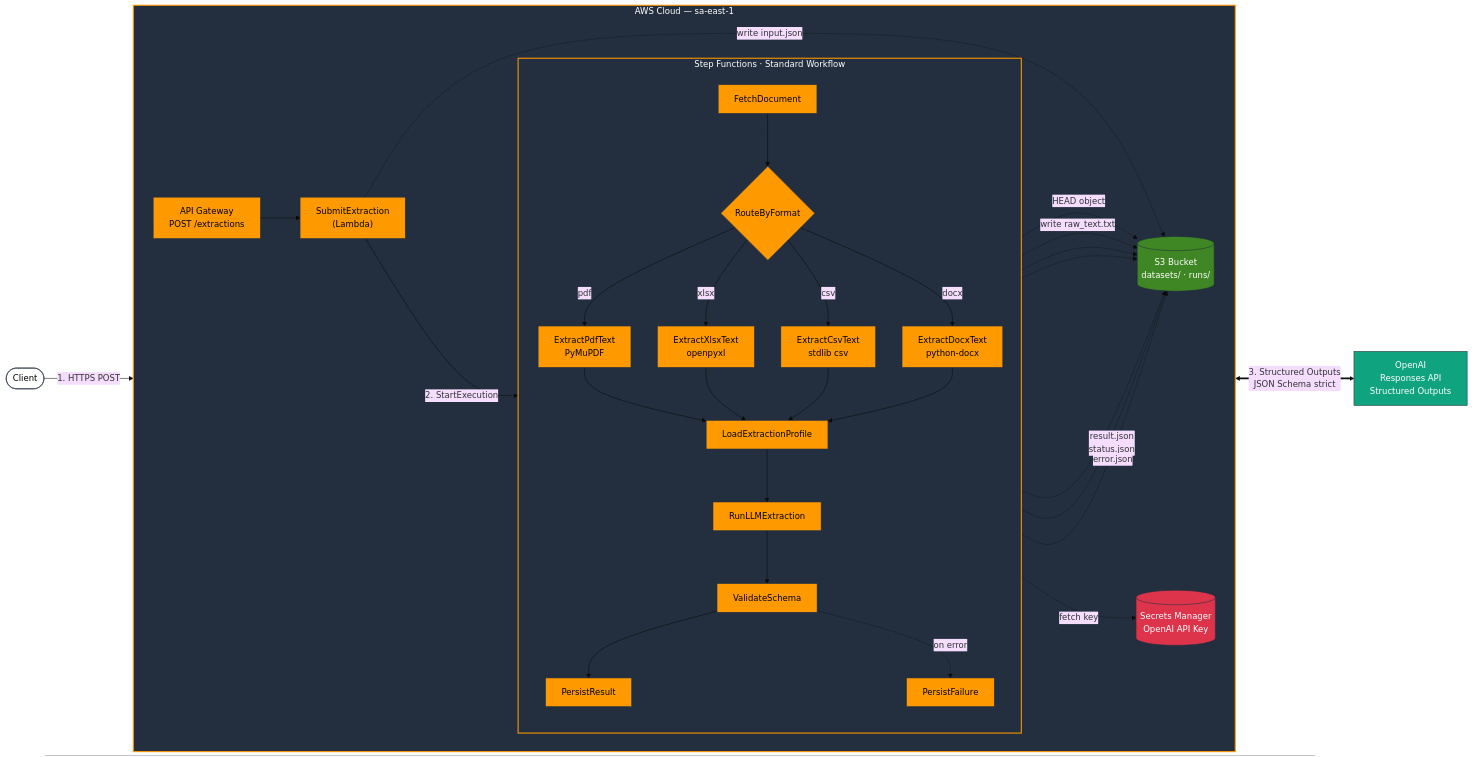
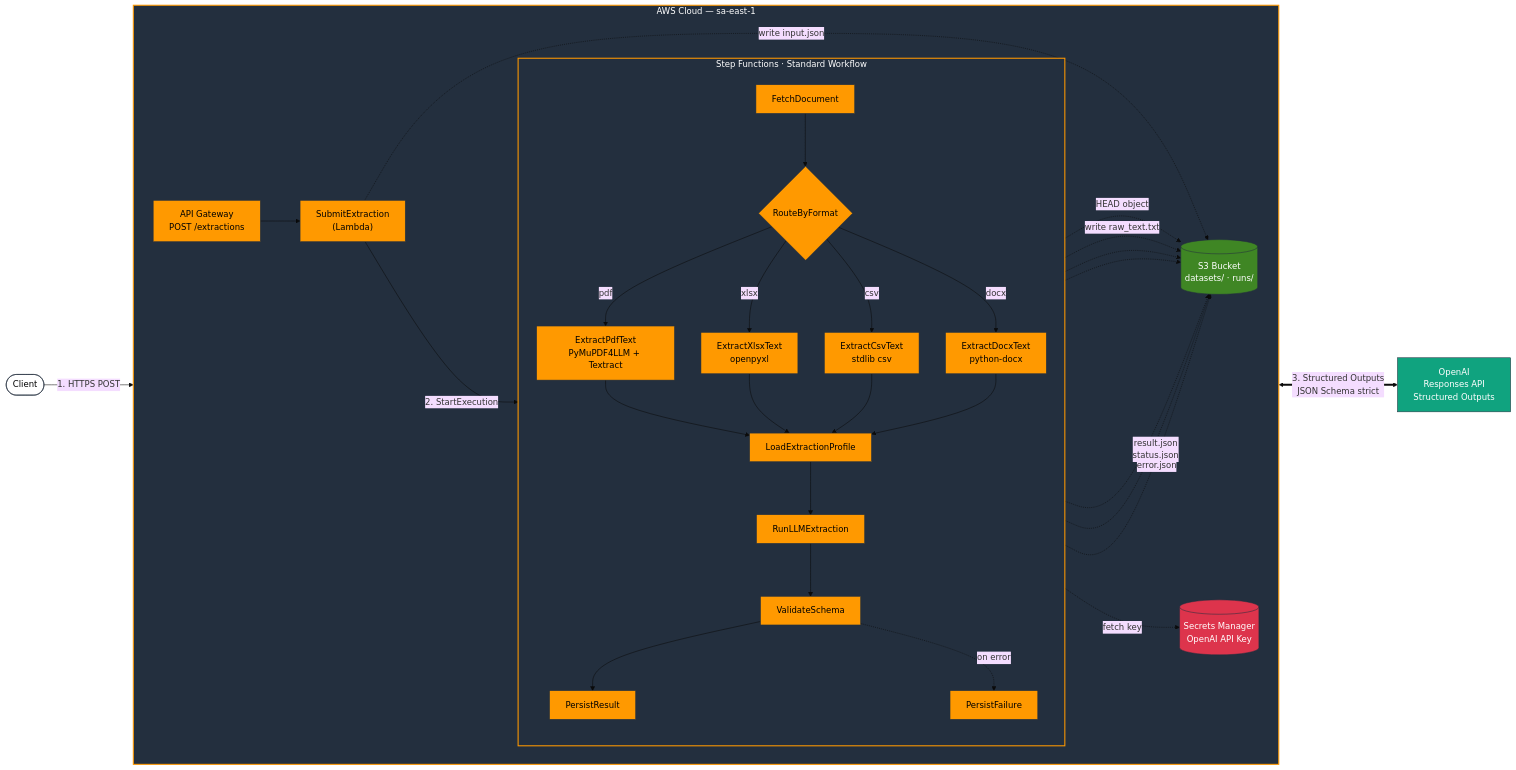
Before and after one commit to MaiconKevyn/aws-universal-extractor: the diagram in README.md, drawn with Mermaid (base theme). The commit also changed other lines of this file and 11 other files, not shown here.

````diff
--- a/README.md
+++ b/README.md
@@ -33,72 +34,72 @@
 ```mermaid
 flowchart LR
     Client([Client])
 
     subgraph AWS["AWS Cloud — sa-east-1"]
         direction LR
         APIGW["API Gateway<br/>POST /extractions"]
         Submit["SubmitExtraction<br/>(Lambda)"]
 
         subgraph SFN["Step Functions · Standard Workflow"]
             direction TB
             Fetch["FetchDocument"]
             Route{"RouteByFormat"}
-            PDF["ExtractPdfText<br/>PyMuPDF"]
+            PDF["ExtractPdfText<br/>PyMuPDF4LLM + Textract"]
             XLSX["ExtractXlsxText<br/>openpyxl"]
             CSV["ExtractCsvText<br/>stdlib csv"]
             DOCX["ExtractDocxText<br/>python-docx"]
             Load["LoadExtractionProfile"]
             LLM["RunLLMExtraction"]
             Validate["ValidateSchema"]
             Persist["PersistResult"]
             Fail["PersistFailure"]
 
             Fetch --> Route
             Route -->|pdf| PDF
             Route -->|xlsx| XLSX
             Route -->|csv| CSV
             Route -->|docx| DOCX
             PDF --> Load
             XLSX --> Load
             CSV --> Load
             DOCX --> Load
             Load --> LLM
             LLM --> Validate
             Validate --> Persist
             Validate -.->|on error| Fail
         end
 
         S3[("S3 Bucket<br/>datasets/ · runs/")]
         Secrets[("Secrets Manager<br/>OpenAI API Key")]
     end
 
     OpenAI["OpenAI<br/>Responses API<br/>Structured Outputs"]
 
     Client -->|"1. HTTPS POST"| APIGW
     APIGW --> Submit
     Submit -->|"2. StartExecution"| Fetch
     Submit -.->|write input.json| S3
     Fetch -.->|HEAD object| S3
     PDF -.->|write raw_text.txt| S3
     XLSX -.-> S3
     CSV -.-> S3
     DOCX -.-> S3
     LLM -.->|fetch key| Secrets
     LLM <==>|"3. Structured Outputs<br/>JSON Schema strict"| OpenAI
     Persist -.->|result.json<br/>status.json| S3
     Fail -.->|error.json| S3
 
     classDef aws fill:#232F3E,stroke:#FF9900,stroke-width:2px,color:#fff
     classDef lambda fill:#FF9900,stroke:#232F3E,color:#000
     classDef storage fill:#3F8624,stroke:#232F3E,color:#fff
     classDef sec fill:#DD344C,stroke:#232F3E,color:#fff
     classDef ext fill:#10a37f,stroke:#232F3E,color:#fff
     classDef client fill:#fff,stroke:#232F3E,color:#000
 
     class APIGW,Submit,Fetch,Route,PDF,XLSX,CSV,DOCX,Load,LLM,Validate,Persist,Fail lambda
     class S3 storage
     class Secrets sec
     class OpenAI ext
     class Client client
     class AWS,SFN aws
 ```
````
